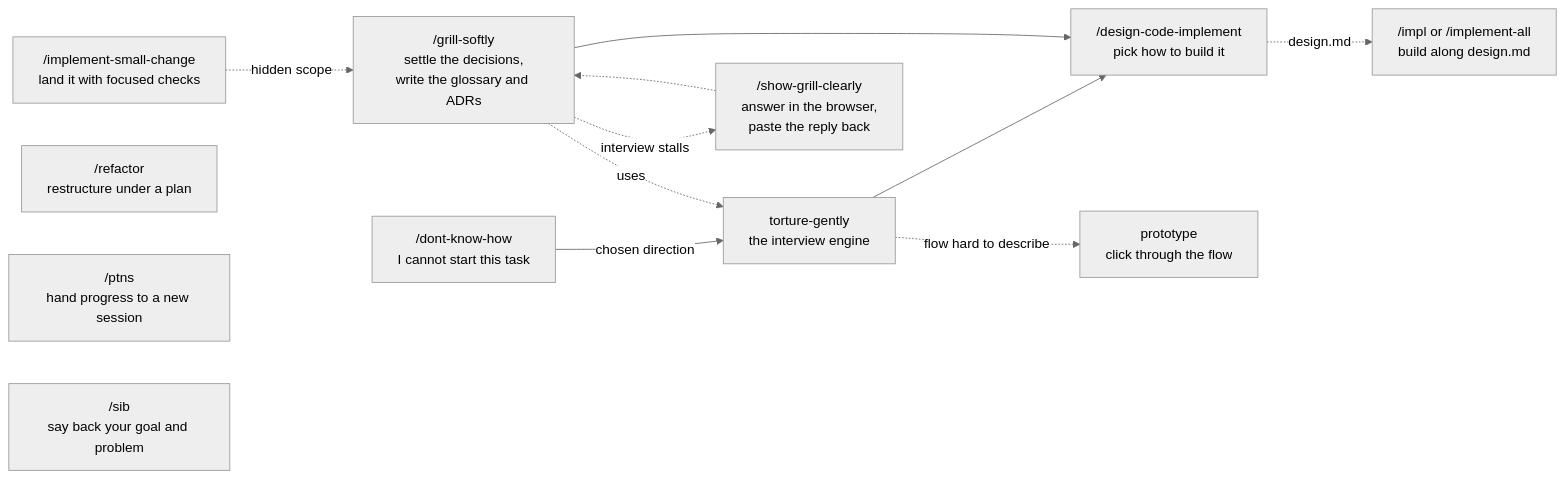
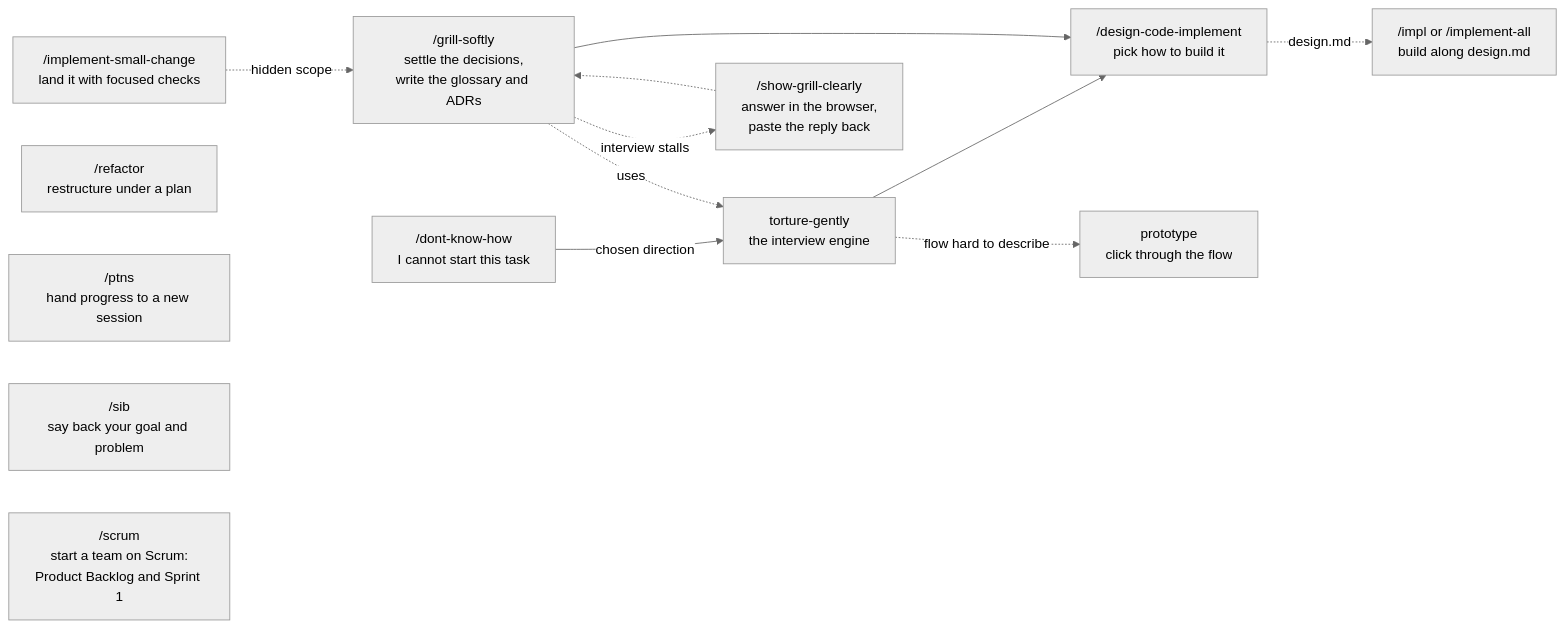
One commit to GUOJIE-HONG/skills changed the diagram in README.md. Above: the diagram before and after it, drawn with Mermaid (neutral theme). The commit also changed 5 other files, not shown here.

````diff
--- a/README.md
+++ b/README.md
@@ -59,17 +59,18 @@
 ```mermaid
 flowchart LR
     A["/dont-know-how<br/>I cannot start this task"] -->|"chosen direction"| F["torture-gently<br/>the interview engine"]
     F --> C
     F -. flow hard to describe .-> P["prototype<br/>click through the flow"]
     B["/grill-softly<br/>settle the decisions,<br/>write the glossary and ADRs"]
     B --> C["/design-code-implement<br/>pick how to build it"]
     D["/implement-small-change<br/>land it with focused checks"]
     R["/refactor<br/>restructure under a plan"]
     H["/ptns<br/>hand progress to a new session"]
     S["/sib<br/>say back your goal and problem"]
+    K["/scrum<br/>start a team on Scrum:<br/>Product Backlog and Sprint 1"]
     C -.->|"design.md"| G["/impl or /implement-all<br/>build along design.md"]
     B -. interview stalls .-> E["/show-grill-clearly<br/>answer in the browser,<br/>paste the reply back"]
     E -.-> B
     B -. uses .-> F
     D -. hidden scope .-> B
 ```
````
